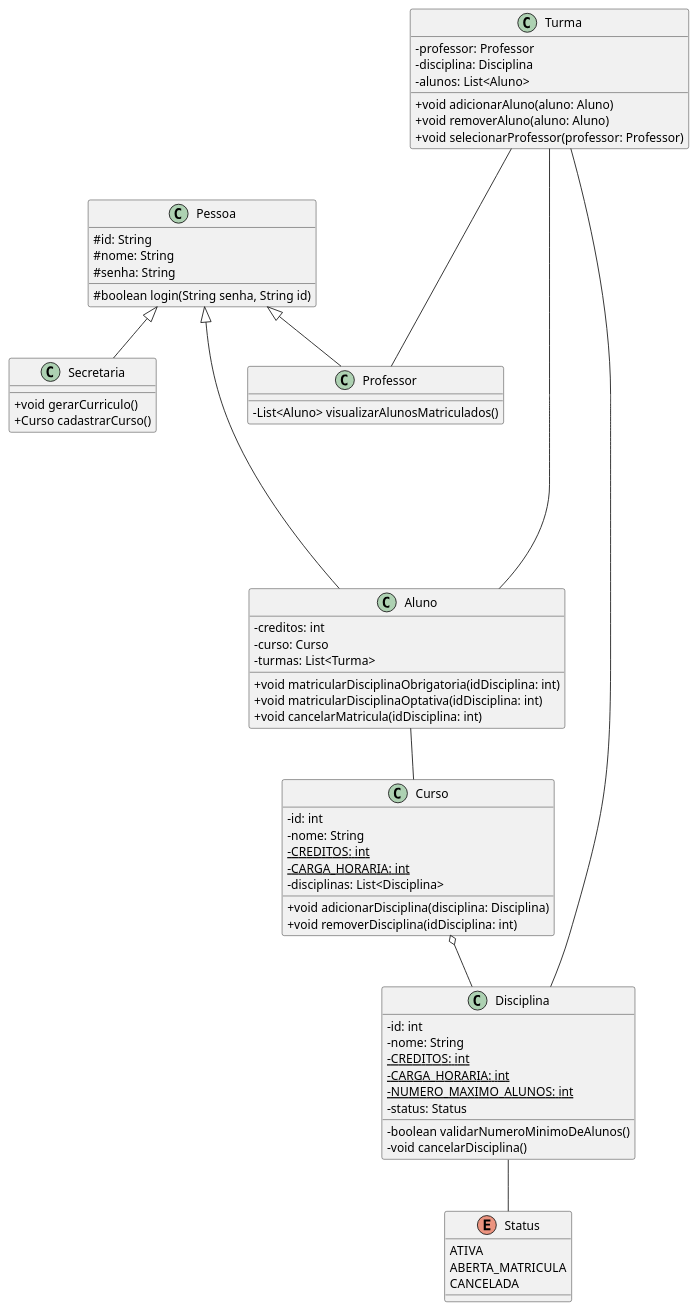
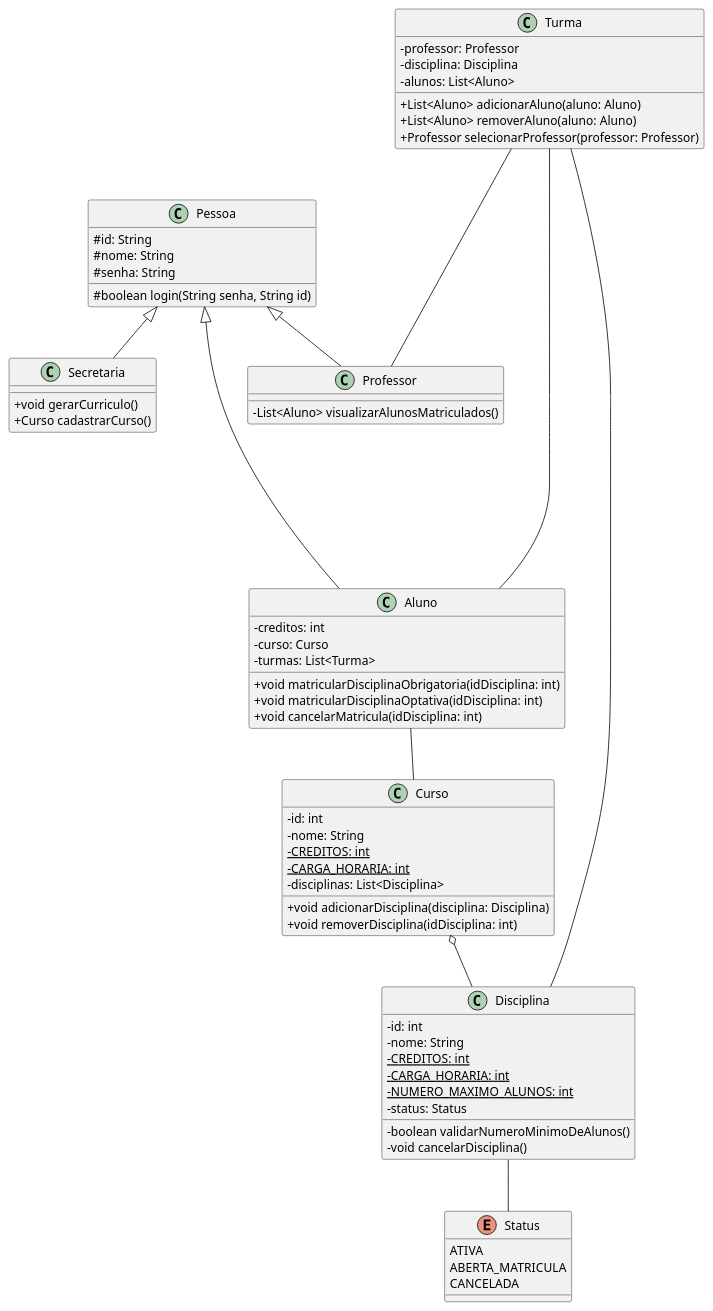
The diagram in projeto/diagramaDeClasse/diagramaDeClasse.puml (AugustoNoronha/labDevSoftware), drawn with PlantUML before and after one commit. The commit also changed 8 other files, not shown here.

Commit message:
Diagrama de classes atualizado

```diff
--- a/projeto/diagramaDeClasse/diagramaDeClasse.puml
+++ b/projeto/diagramaDeClasse/diagramaDeClasse.puml
@@ -1,79 +1,79 @@
 @startuml
 skinparam classAttributeIconSize 0
 
 class Pessoa {
 #id: String
 #nome: String
 #senha: String
 #boolean login(String senha, String id)
 }
 
 Pessoa <|-- Secretaria
 Pessoa <|-- Aluno
 Pessoa <|-- Professor
 
 class Secretaria {
 +void gerarCurriculo()
 +Curso cadastrarCurso()
 }
 
 class Aluno  {
 -creditos: int
 -curso: Curso
 -turmas: List<Turma>
 +void matricularDisciplinaObrigatoria(idDisciplina: int)
 +void matricularDisciplinaOptativa(idDisciplina: int)
 +void cancelarMatricula(idDisciplina: int)
 }
 
 class Professor  {
 -List<Aluno> visualizarAlunosMatriculados()
 }
 
 class Curso {
 -id: int
 -nome: String
 -CREDITOS: int {static}
 -CARGA_HORARIA: int {static}
 -disciplinas: List<Disciplina>
 + void adicionarDisciplina(disciplina: Disciplina)
 + void removerDisciplina(idDisciplina: int)
 }
 
 class Disciplina {
 -id: int
 -nome: String
 -CREDITOS: int {static}
 -CARGA_HORARIA: int {static}
 -NUMERO_MAXIMO_ALUNOS: int {static}
 -status: Status
 -boolean validarNumeroMinimoDeAlunos()
 -void cancelarDisciplina()
 }
 
 class Turma{
 -professor: Professor
 -disciplina: Disciplina
 -alunos: List<Aluno>
-+void adicionarAluno(aluno: Aluno)
-+void removerAluno(aluno: Aluno)
-+void selecionarProfessor(professor: Professor)
++List<Aluno> adicionarAluno(aluno: Aluno)
++List<Aluno> removerAluno(aluno: Aluno)
++Professor selecionarProfessor(professor: Professor)
 }
 
 enum Status{
 ATIVA
 ABERTA_MATRICULA
 CANCELADA
 }
 
 Curso o-- Disciplina
 
 Aluno -- Curso
 
 Turma -- Disciplina
 Turma --- Professor
 Turma ------ Aluno
 
 Disciplina -- Status
 
 @enduml
```
